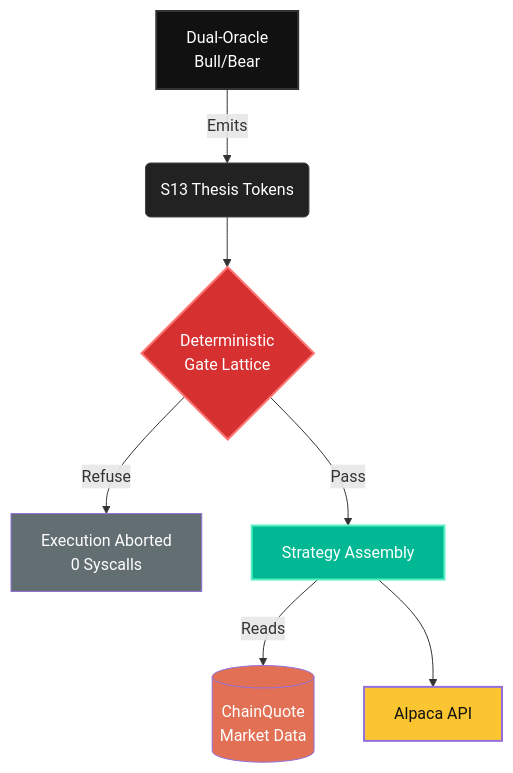
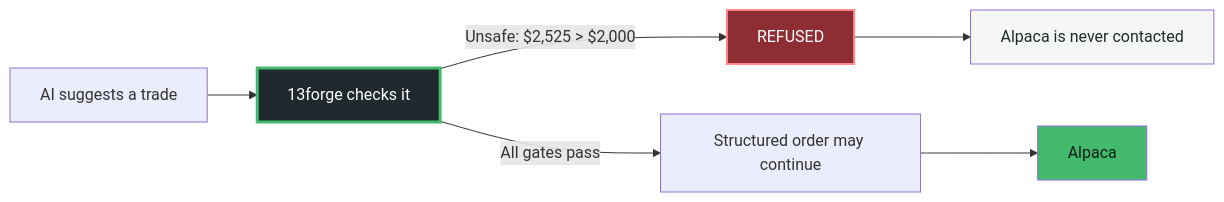
One commit to deveraux-dev/AlpacaCOMP changed the first of 3 diagrams in README.md. Above: the diagram before and after it, drawn with Mermaid. The commit also changed other lines of this file and 4 other files, not shown here.

````diff
--- a/README.md
+++ b/README.md
@@ -79,17 +22,12 @@
 ```mermaid
-graph TD
-    A[Dual-Oracle <br> Bull/Bear] -->|Emits| B(S13 Thesis Tokens)
-    B --> C{Deterministic <br> Gate Lattice}
-    C -->|Refuse| D[Execution Aborted <br> 0 Syscalls]
-    C -->|Pass| E[Strategy Assembly]
-    E -->|Reads| F[(ChainQuote <br> Market Data)]
-    E --> G[Alpaca API]
-
-    style A fill:#111,stroke:#333,stroke-width:2px,color:#fff
-    style B fill:#222,stroke:#444,color:#fff
-    style C fill:#d63031,stroke:#ff7675,stroke-width:2px,color:#fff
-    style D fill:#636e72,color:#fff
-    style E fill:#00b894,stroke:#55efc4,stroke-width:2px,color:#fff
-    style F fill:#e17055,color:#fff
-    style G fill:#fbc531,color:#111,stroke-width:2px
+flowchart LR
+    A[AI suggests a trade] --> B[13forge checks it]
+    B -->|Unsafe: $2,525 > $2,000| C[REFUSED]
+    C --> D[Alpaca is never contacted]
+    B -->|All gates pass| E[Structured order may continue]
+    E --> F[Alpaca]
+    style B fill:#20292d,color:#fff,stroke:#43b96b,stroke-width:3px
+    style C fill:#8f2d35,color:#fff,stroke:#ff8b8b,stroke-width:2px
+    style D fill:#f5f7f5,color:#20292d
+    style F fill:#43b96b,color:#102018
 ```
````
